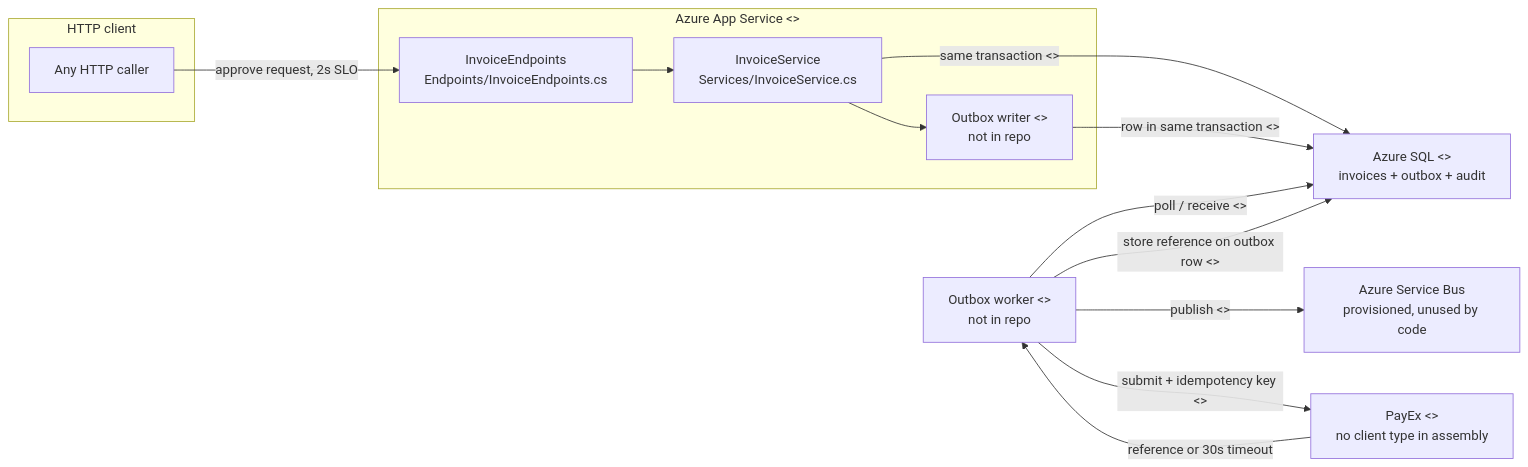
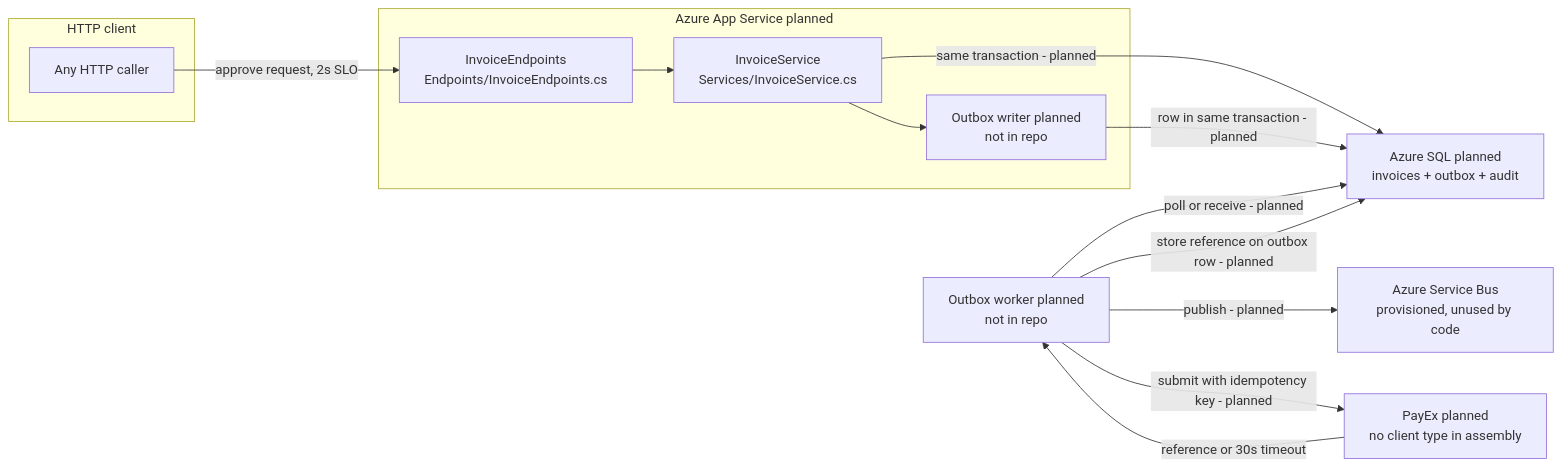
Before and after one commit to shyamkhakhar9/ai-sldc-nagp-assignment: the third of 3 diagrams in docs/01-as-built-and-target-diagrams.md, drawn with Mermaid. The commit also changed other lines of this file and 3 other files, not shown here.

First line of the commit message:
Fix Mermaid so GitHub can render the architecture diagrams.

````diff
--- a/docs/01-as-built-and-target-diagrams.md
+++ b/docs/01-as-built-and-target-diagrams.md
@@ -102,28 +102,28 @@
 ```mermaid
 flowchart LR
     subgraph clients["HTTP client"]
         C["Any HTTP caller"]
     end
 
-    subgraph appservice["Azure App Service <<planned>>"]
-        EP["InvoiceEndpoints\nEndpoints/InvoiceEndpoints.cs"]
-        SVC["InvoiceService\nServices/InvoiceService.cs"]
-        OUTBOX["Outbox writer <<planned>>\nnot in repo"]
+    subgraph appservice["Azure App Service planned"]
+        EP["InvoiceEndpoints<br/>Endpoints/InvoiceEndpoints.cs"]
+        SVC["InvoiceService<br/>Services/InvoiceService.cs"]
+        OUTBOX["Outbox writer planned<br/>not in repo"]
     end
 
-    SQL["Azure SQL <<planned>>\ninvoices + outbox + audit"]
-    SB["Azure Service Bus\nprovisioned, unused by code"]
-    WORKER["Outbox worker <<planned>>\nnot in repo"]
-    PAYEX["PayEx <<planned>>\nno client type in assembly"]
+    SQL["Azure SQL planned<br/>invoices + outbox + audit"]
+    SB["Azure Service Bus<br/>provisioned, unused by code"]
+    WORKER["Outbox worker planned<br/>not in repo"]
+    PAYEX["PayEx planned<br/>no client type in assembly"]
 
     C -->|approve request, 2s SLO| EP
     EP --> SVC
-    SVC -->|"same transaction <<planned>>"| SQL
+    SVC -->|"same transaction - planned"| SQL
     SVC --> OUTBOX
-    OUTBOX -->|"row in same transaction <<planned>>"| SQL
-    WORKER -->|"poll / receive <<planned>>"| SQL
-    WORKER -->|"publish <<planned>>"| SB
-    WORKER -->|"submit + idempotency key <<planned>>"| PAYEX
+    OUTBOX -->|"row in same transaction - planned"| SQL
+    WORKER -->|"poll or receive - planned"| SQL
+    WORKER -->|"publish - planned"| SB
+    WORKER -->|"submit with idempotency key - planned"| PAYEX
     PAYEX -->|"reference or 30s timeout"| WORKER
-    WORKER -->|"store reference on outbox row <<planned>>"| SQL
+    WORKER -->|"store reference on outbox row - planned"| SQL
 ```
````
